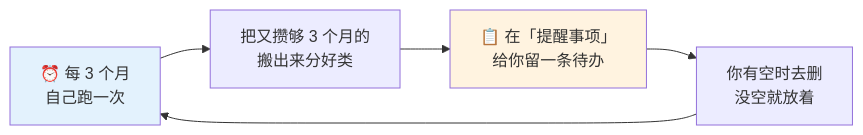
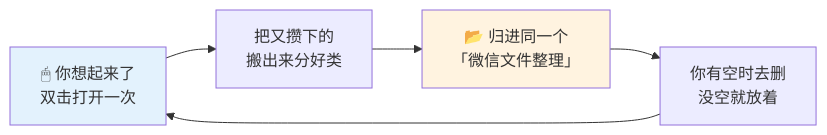
One commit to Jane-xiaoer/xiaoer-wechat-sweeper changed the second of 2 diagrams in README.md. Above: the diagram before and after it, drawn with Mermaid. The commit also changed other lines of this file and 1 other file, not shown here.

````diff
--- a/README.md
+++ b/README.md
@@ -246,10 +250,10 @@
 ```mermaid
 flowchart LR
-    A["⏰ 每 3 个月<br/>自己跑一次"] --> B["把又攒够 3 个月的<br/>搬出来分好类"]
-    B --> C["📋 在「提醒事项」<br/>给你留一条待办"]
+    A["🖱 你想起来了<br/>双击打开一次"] --> B["把又攒下的<br/>搬出来分好类"]
+    B --> C["📂 归进同一个<br/>「微信文件整理」"]
     C --> D["你有空时去删<br/>没空就放着"]
     D --> A
 
     style A fill:#e3f2fd
     style C fill:#fff3e0
 ```
````
